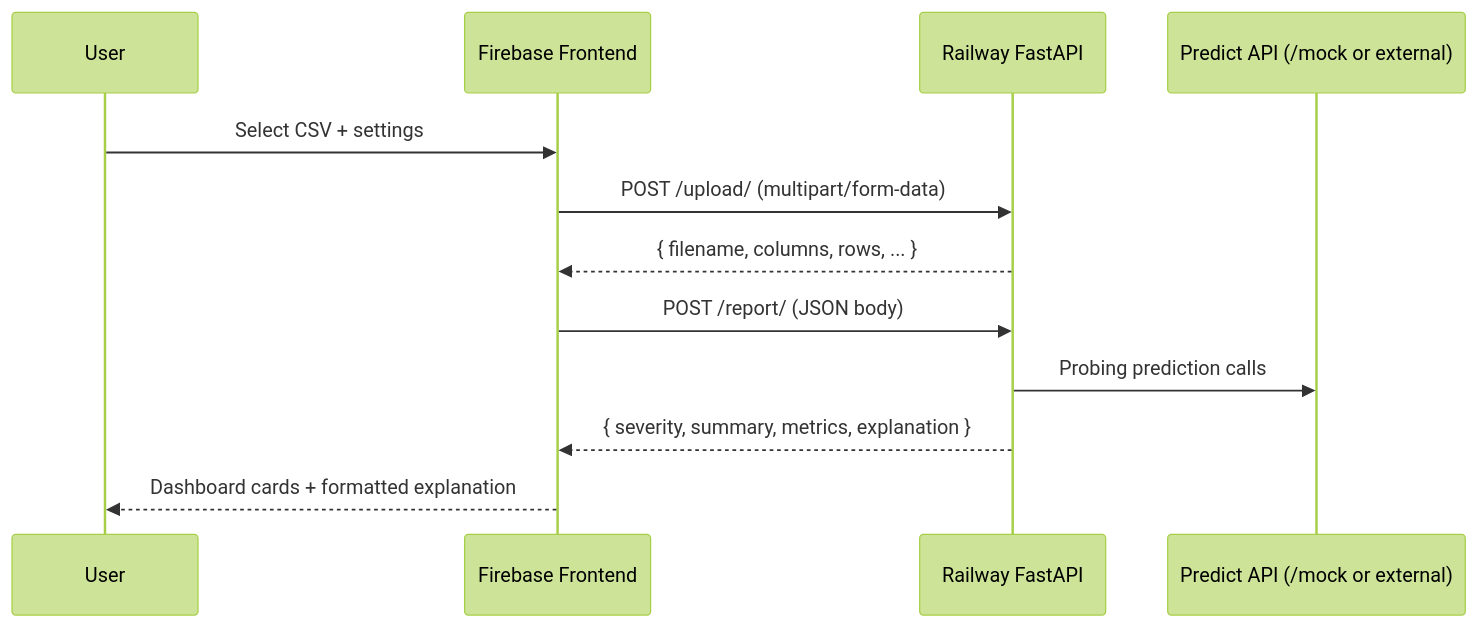
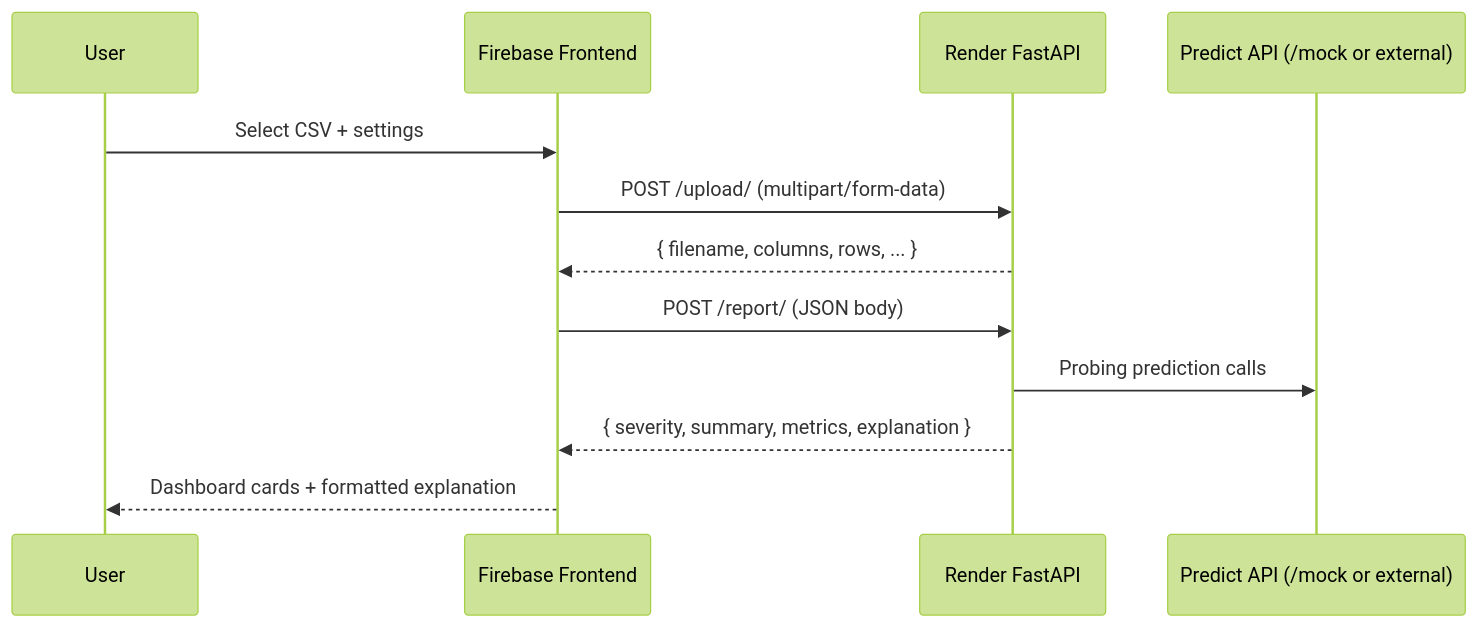
One commit to haddybhaiya/audit changed the second of 2 diagrams in README.md. Above: the diagram before and after it, drawn with Mermaid (forest theme). The commit also changed other lines of this file and 2 other files, not shown here.

Commit message:
fix: update backend references from Railway to Render in documentation and code

````diff
--- a/README.md
+++ b/README.md
@@ -40,15 +40,15 @@
 ```mermaid
 sequenceDiagram
   participant U as User
   participant FE as Firebase Frontend
-  participant API as Railway FastAPI
+  participant API as Render FastAPI
   participant M as Predict API (/mock or external)
 
   U->>FE: Select CSV + settings
   FE->>API: POST /upload/ (multipart/form-data)
   API-->>FE: { filename, columns, rows, ... }
   FE->>API: POST /report/ (JSON body)
   API->>M: Probing prediction calls
   API-->>FE: { severity, summary, metrics, explanation }
   FE-->>U: Dashboard cards + formatted explanation
 ```
````
